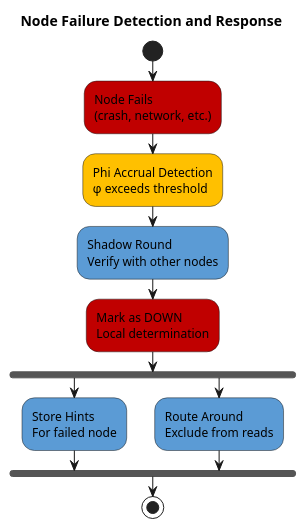
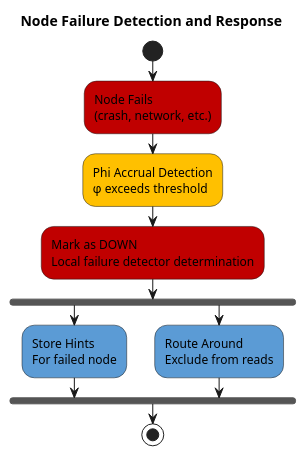
Before and after one commit to axonops/documentation: the sixth of 6 diagrams in docs/data-platforms/cassandra/architecture/cluster-management/node-lifecycle.md, drawn with PlantUML. The commit also changed other lines of this file and 262 other files, not shown here.

````diff
--- a/docs/data-platforms/cassandra/architecture/cluster-management/node-lifecycle.md
+++ b/docs/data-platforms/cassandra/architecture/cluster-management/node-lifecycle.md
@@ -385,28 +385,26 @@
 ```plantuml
 @startuml
 skinparam backgroundColor white
 
 title Node Failure Detection and Response
 
 start
 #C00000:Node Fails
 (crash, network, etc.);
 #FFC000:Phi Accrual Detection
 φ exceeds threshold;
-#5B9BD5:Shadow Round
-Verify with other nodes;
 #C00000:Mark as DOWN
-Local determination;
+Local failure detector determination;
 
 fork
     #5B9BD5:Store Hints
     For failed node;
 fork again
     #5B9BD5:Route Around
     Exclude from reads;
 end fork
 
 stop
 
 @enduml
 ```
````
